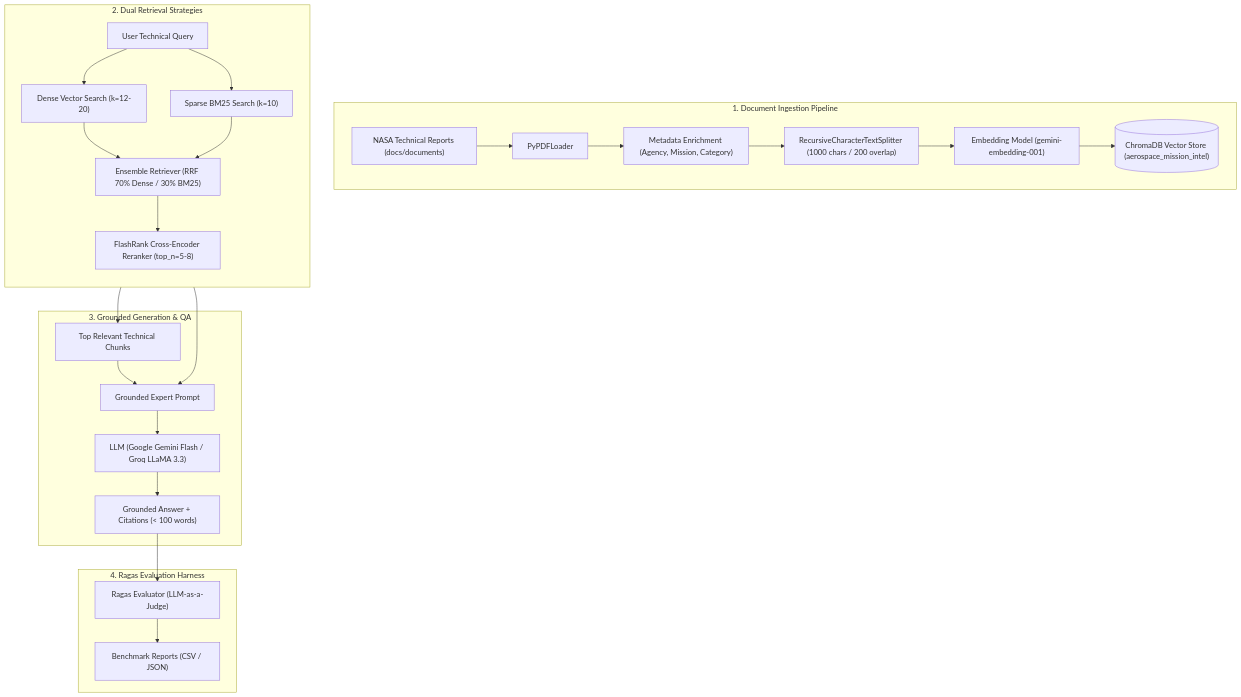
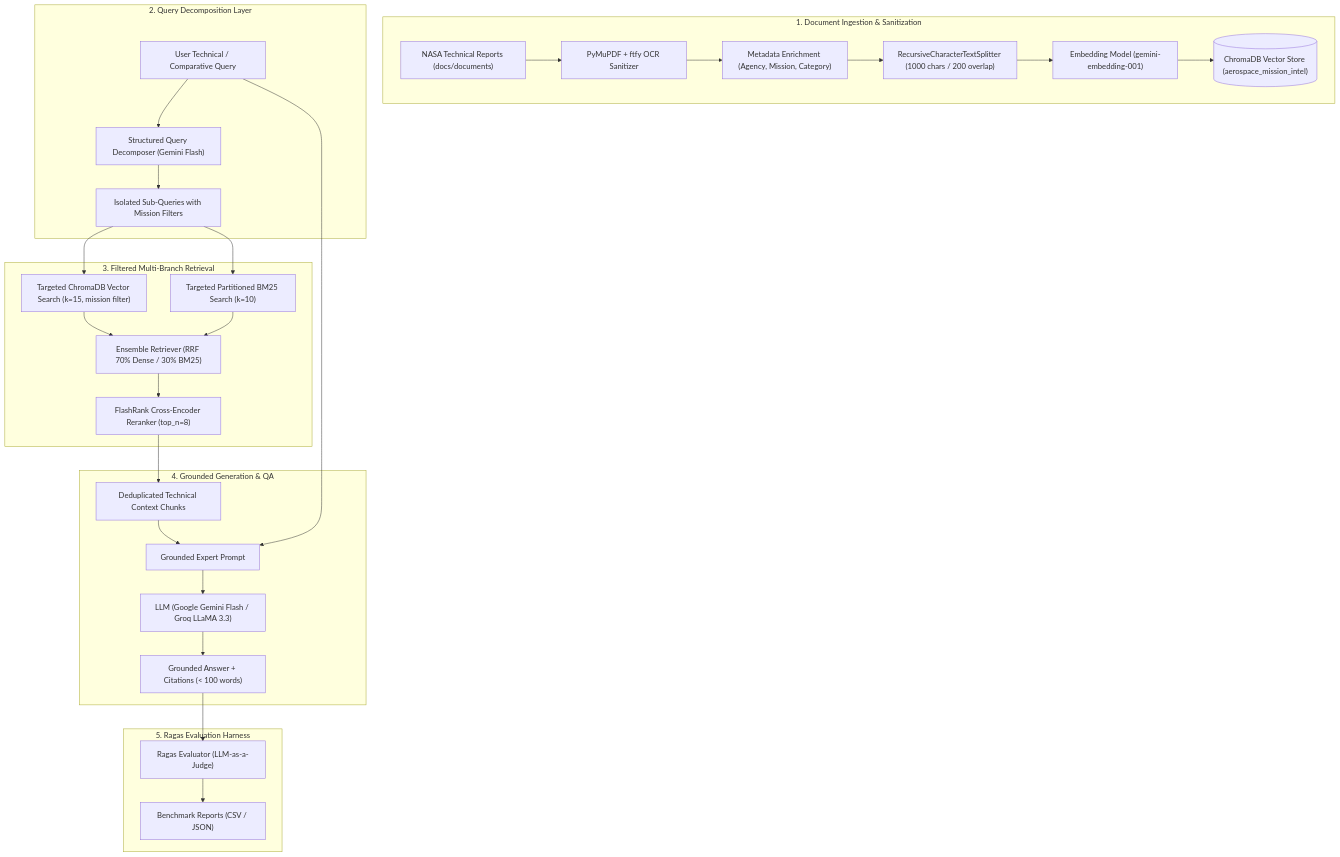
The diagram in README.md (shaikhjahir750/AreoRAG), drawn with Mermaid before and after one commit. The commit also changed other lines of this file and 22 other files, not shown here.

````diff
--- a/README.md
+++ b/README.md
@@ -44,32 +44,36 @@
 ```mermaid
 flowchart TD
-    subgraph Data_Ingestion ["1. Document Ingestion Pipeline"]
-        PDFs["NASA Technical Reports (docs/documents)"] --> Loader["PyPDFLoader"]
-        Loader --> Meta["Metadata Enrichment (Agency, Mission, Category)"]
+    subgraph Data_Ingestion ["1. Document Ingestion & Sanitization"]
+        PDFs["NASA Technical Reports (docs/documents)"] --> OCR["PyMuPDF + ftfy OCR Sanitizer"]
+        OCR --> Meta["Metadata Enrichment (Agency, Mission, Category)"]
         Meta --> Chunker["RecursiveCharacterTextSplitter (1000 chars / 200 overlap)"]
         Chunker --> Embedder["Embedding Model (gemini-embedding-001)"]
         Embedder --> VectorDB[("ChromaDB Vector Store (aerospace_mission_intel)")]
     end
 
-    subgraph Retrieval_Strategies ["2. Dual Retrieval Strategies"]
-        direction TB
-        UserQuery["User Technical Query"] --> DenseRetriever["Dense Vector Search (k=12-20)"]
-        UserQuery --> SparseRetriever["Sparse BM25 Search (k=10)"]
-        DenseRetriever --> Ensemble["Ensemble Retriever (RRF 70% Dense / 30% BM25)"]
-        SparseRetriever --> Ensemble
-        Ensemble --> FlashRank["FlashRank Cross-Encoder Reranker (top_n=5-8)"]
+    subgraph Query_Planning ["2. Query Decomposition Layer"]
+        UserQuery["User Technical / Comparative Query"] --> Decomposer["Structured Query Decomposer (Gemini Flash)"]
+        Decomposer --> SubQueries["Isolated Sub-Queries with Mission Filters"]
     end
 
-    subgraph Generation_Pipeline ["3. Grounded Generation & QA"]
-        FlashRank --> Context["Top Relevant Technical Chunks"]
-        Context --> Prompt["Grounded Expert Prompt"]
+    subgraph Retrieval_Strategies ["3. Filtered Multi-Branch Retrieval"]
+        SubQueries --> DenseBranch["Targeted ChromaDB Vector Search (k=15, mission filter)"]
+        SubQueries --> SparseBranch["Targeted Partitioned BM25 Search (k=10)"]
+        DenseBranch --> Ensemble["Ensemble Retriever (RRF 70% Dense / 30% BM25)"]
+        SparseBranch --> Ensemble
+        Ensemble --> FlashRank["FlashRank Cross-Encoder Reranker (top_n=8)"]
+    end
+
+    subgraph Generation_Pipeline ["4. Grounded Generation & QA"]
+        FlashRank --> DeduplicatedContext["Deduplicated Technical Context Chunks"]
+        DeduplicatedContext --> Prompt["Grounded Expert Prompt"]
         UserQuery --> Prompt
         Prompt --> LLM["LLM (Google Gemini Flash / Groq LLaMA 3.3)"]
         LLM --> Response["Grounded Answer + Citations (< 100 words)"]
     end
 
-    subgraph Evaluation_Harness ["4. Ragas Evaluation Harness"]
+    subgraph Evaluation_Harness ["5. Ragas Evaluation Harness"]
         Response --> Ragas["Ragas Evaluator (LLM-as-a-Judge)"]
         Ragas --> Report["Benchmark Reports (CSV / JSON)"]
     end
 ```
````
